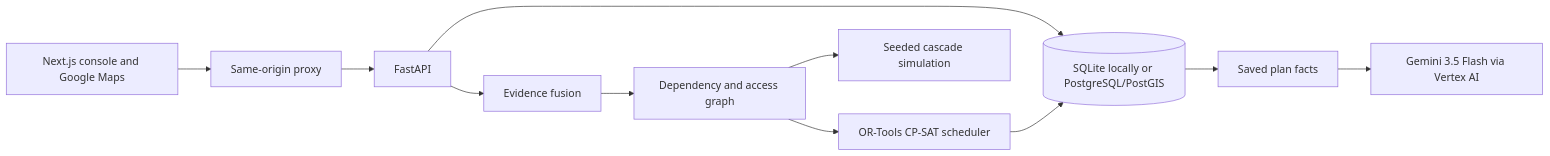
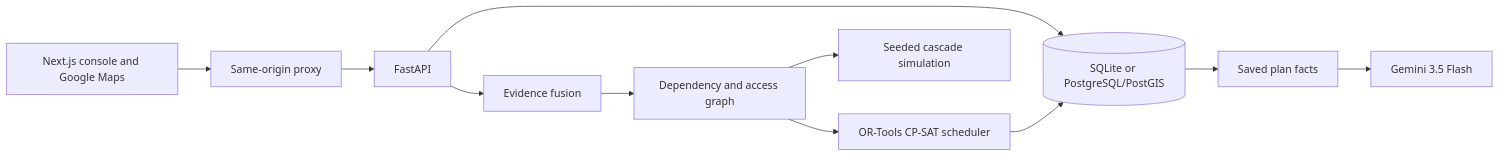
One commit to AurataX/stormchain-x changed the diagram in README.md. Above: the diagram before and after it, drawn with Mermaid. The commit also changed other lines of this file and 2 other files, not shown here.

Commit message:
README: self-contained overview, API summary, team; remove phase wording from docs

````diff
--- a/README.md
+++ b/README.md
@@ -33,13 +52,13 @@
 ```mermaid
 flowchart LR
   Browser[Next.js console and Google Maps] --> Proxy[Same-origin proxy]
   Proxy --> API[FastAPI]
-  API --> DB[(SQLite locally or PostgreSQL/PostGIS)]
+  API --> DB[(SQLite or PostgreSQL/PostGIS)]
   API --> Fusion[Evidence fusion]
   Fusion --> Graph[Dependency and access graph]
   Graph --> Cascade[Seeded cascade simulation]
   Graph --> Planner[OR-Tools CP-SAT scheduler]
   Planner --> DB
   DB --> Facts[Saved plan facts]
-  Facts --> Gemini[Gemini 3.5 Flash via Vertex AI]
+  Facts --> Gemini[Gemini 3.5 Flash]
 ```
````
